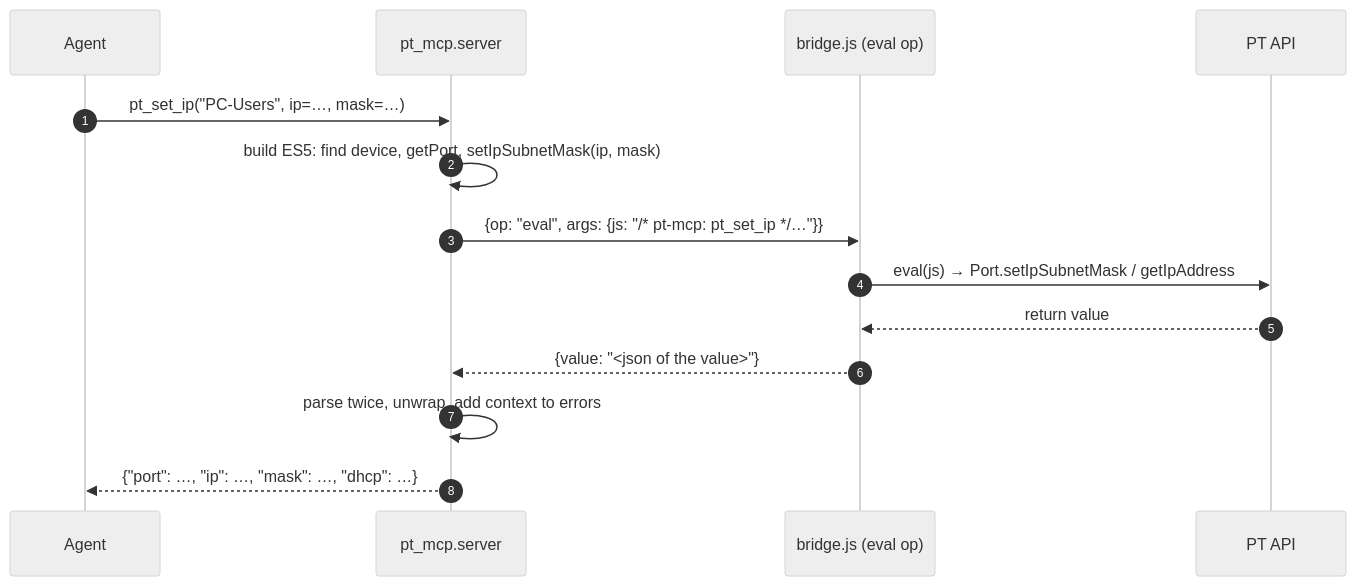
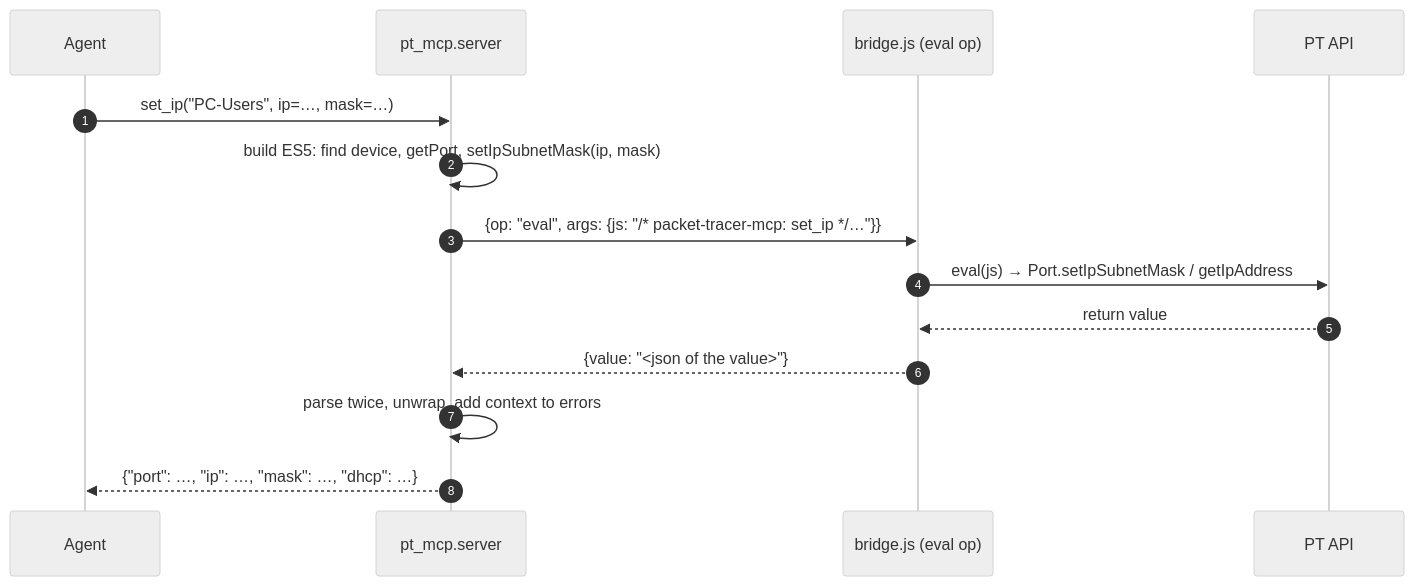
The third of 3 diagrams in docs/architecture.md (psampir/packet-tracer-mcp), drawn with Mermaid (neutral theme) before and after one commit. The commit also changed other lines of this file and 17 other files, not shown here.

Commit message:
refactor!: drop pt_ tool prefix, rename module to packet-tracer-mcp (0.3.0)

````diff
--- a/docs/architecture.md
+++ b/docs/architecture.md
@@ -229,16 +229,16 @@
 ```mermaid
 sequenceDiagram
     autonumber
     participant A as Agent
     participant S as pt_mcp.server
     participant B as bridge.js (eval op)
     participant P as PT API
-    A->>S: pt_set_ip("PC-Users", ip=…, mask=…)
+    A->>S: set_ip("PC-Users", ip=…, mask=…)
     S->>S: build ES5: find device, getPort, setIpSubnetMask(ip, mask)
-    S->>B: {op: "eval", args: {js: "/* pt-mcp: pt_set_ip */…"}}
+    S->>B: {op: "eval", args: {js: "/* packet-tracer-mcp: set_ip */…"}}
     B->>P: eval(js) → Port.setIpSubnetMask / getIpAddress
     P-->>B: return value
     B-->>S: {value: "<json of the value>"}
     S->>S: parse twice, unwrap, add context to errors
     S-->>A: {"port": …, "ip": …, "mask": …, "dhcp": …}
 ```
````
